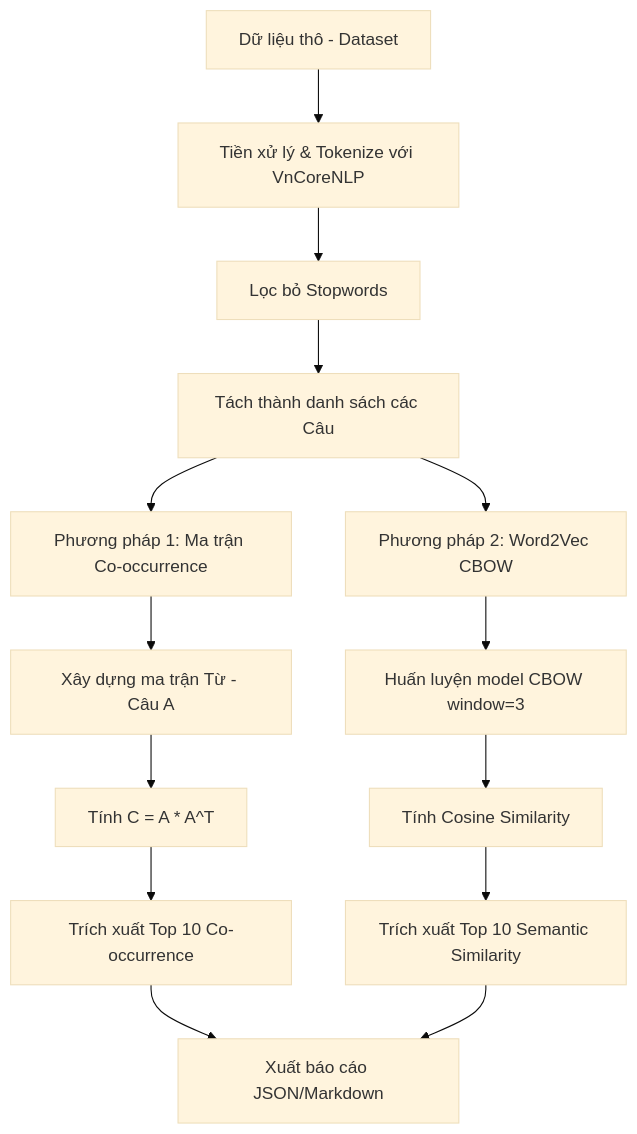
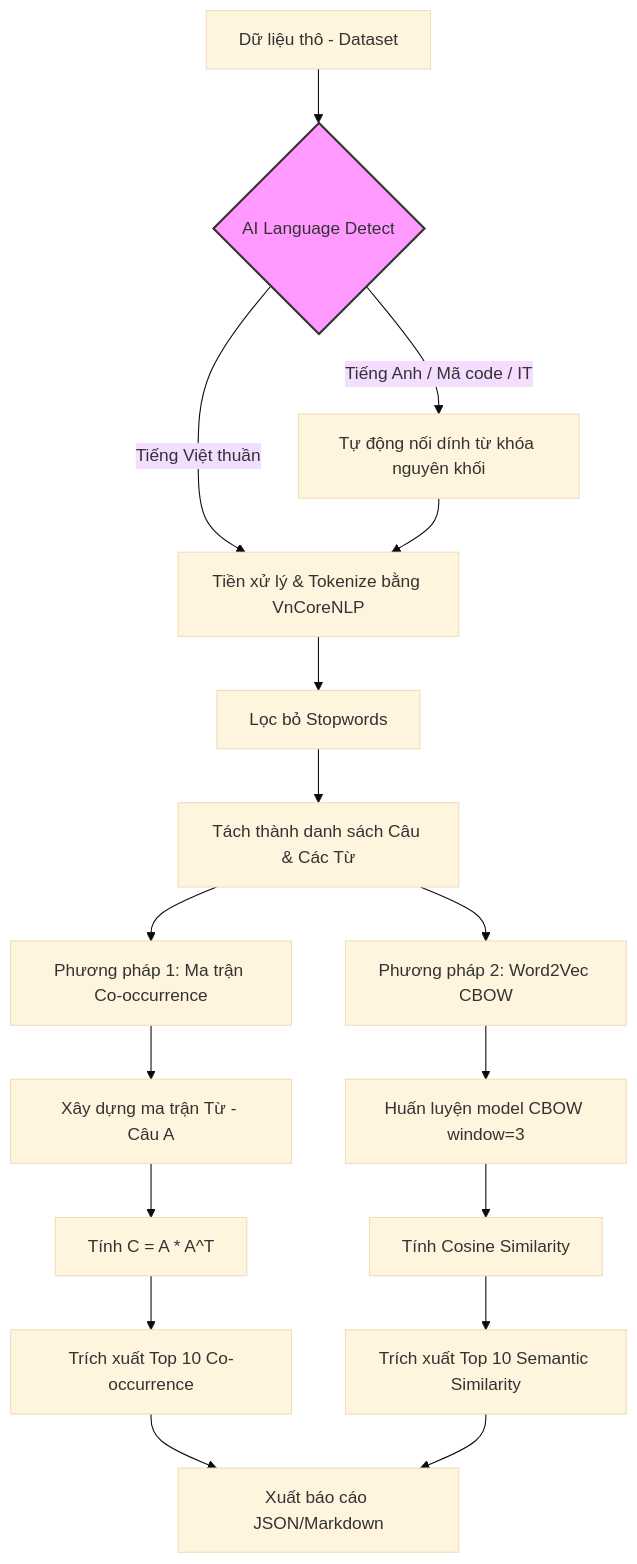
One commit to duyvo26/tim_kiem_thong_tin changed the diagram in thuc_hanh_03/README.md. Above: the diagram before and after it, drawn with Mermaid (base theme). The commit also changed 11 other files, not shown here.

````diff
--- a/thuc_hanh_03/README.md
+++ b/thuc_hanh_03/README.md
@@ -9,20 +9,27 @@
 ```mermaid
 graph TD
-    A[Dữ liệu thô - Dataset] --> B[Tiền xử lý & Tokenize với VnCoreNLP]
-    B --> C[Lọc bỏ Stopwords]
-    C --> D[Tách thành danh sách các Câu]
+    A[Dữ liệu thô - Dataset] --> B{AI Language Detect}
     
-    D --> E1[Phương pháp 1: Ma trận Co-occurrence]
-    D --> E2[Phương pháp 2: Word2Vec CBOW]
+    B -- Tiếng Anh / Mã code / IT --> C[Tự động nối dính từ khóa nguyên khối]
+    B -- Tiếng Việt thuần --> D[Tiền xử lý & Tokenize bằng VnCoreNLP]
+    C --> D
     
-    E1 --> F1[Xây dựng ma trận Từ - Câu A]
-    F1 --> G1[Tính C = A * A^T]
-    G1 --> H1[Trích xuất Top 10 Co-occurrence]
+    D --> E[Lọc bỏ Stopwords]
+    E --> F[Tách thành danh sách Câu & Các Từ]
     
-    E2 --> F2[Huấn luyện model CBOW window=3]
-    F2 --> G2[Tính Cosine Similarity]
-    G2 --> H2[Trích xuất Top 10 Semantic Similarity]
+    F --> G1[Phương pháp 1: Ma trận Co-occurrence]
+    F --> G2[Phương pháp 2: Word2Vec CBOW]
     
-    H1 --> I[Xuất báo cáo JSON/Markdown]
-    H2 --> I
+    G1 --> H1[Xây dựng ma trận Từ - Câu A]
+    H1 --> I1[Tính C = A * A^T]
+    I1 --> J1[Trích xuất Top 10 Co-occurrence]
+    
+    G2 --> H2[Huấn luyện model CBOW window=3]
+    H2 --> I2[Tính Cosine Similarity]
+    I2 --> J2[Trích xuất Top 10 Semantic Similarity]
+    
+    J1 --> K[Xuất báo cáo JSON/Markdown]
+    J2 --> K
+    
+    style B fill:#f9f,stroke:#333,stroke-width:2px;
 ```
````
